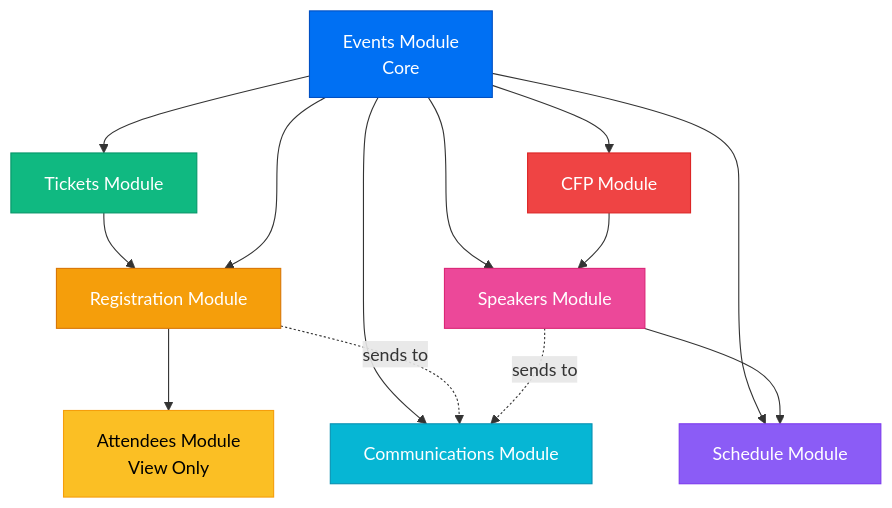
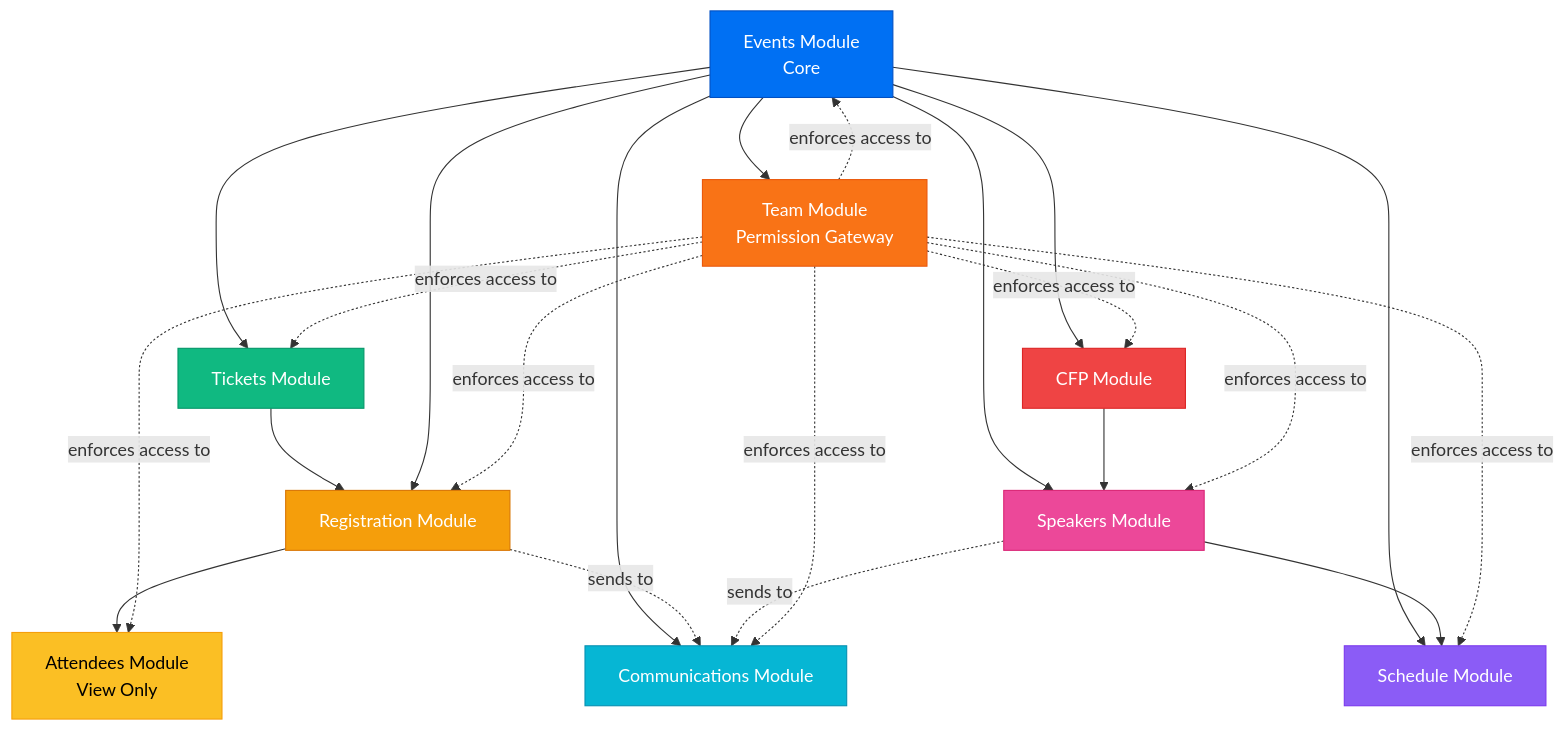
The seventh of 7 diagrams in docs/architecture/system-overview.md (babblebey/events-ting), drawn with Mermaid before and after one commit. The commit also changed other lines of this file and 84 other files, not shown here.

````diff
--- a/docs/architecture/system-overview.md
+++ b/docs/architecture/system-overview.md
@@ -567,36 +636,48 @@
 ```mermaid
 graph TD
     Events[Events Module<br/>Core]
     Tickets[Tickets Module]
     Registration[Registration Module]
     Attendees[Attendees Module<br/>View Only]
     Schedule[Schedule Module]
     Speakers[Speakers Module]
     CFP[CFP Module]
     Communications[Communications Module]
+    Team[Team Module<br/>Permission Gateway]
     
     Events --> Tickets
     Events --> Schedule
     Events --> Speakers
     Events --> CFP
     Events --> Communications
+    Events --> Team
     
     Tickets --> Registration
     Events --> Registration
     Registration --> Attendees
     
     CFP --> Speakers
     Speakers --> Schedule
     
     Registration -.->|sends to| Communications
     Speakers -.->|sends to| Communications
     
+    Team -.->|enforces access to| Events
+    Team -.->|enforces access to| Tickets
+    Team -.->|enforces access to| Registration
+    Team -.->|enforces access to| Attendees
+    Team -.->|enforces access to| Schedule
+    Team -.->|enforces access to| Speakers
+    Team -.->|enforces access to| CFP
+    Team -.->|enforces access to| Communications
+    
     style Events fill:#0070f3,stroke:#0050c3,color:#fff
     style Tickets fill:#10b981,stroke:#059669,color:#fff
     style Registration fill:#f59e0b,stroke:#d97706,color:#fff
     style Attendees fill:#fbbf24,stroke:#f59e0b,color:#000
     style Schedule fill:#8b5cf6,stroke:#7c3aed,color:#fff
     style Speakers fill:#ec4899,stroke:#db2777,color:#fff
     style CFP fill:#ef4444,stroke:#dc2626,color:#fff
     style Communications fill:#06b6d4,stroke:#0891b2,color:#fff
+    style Team fill:#f97316,stroke:#ea580c,color:#fff
 ```
````
